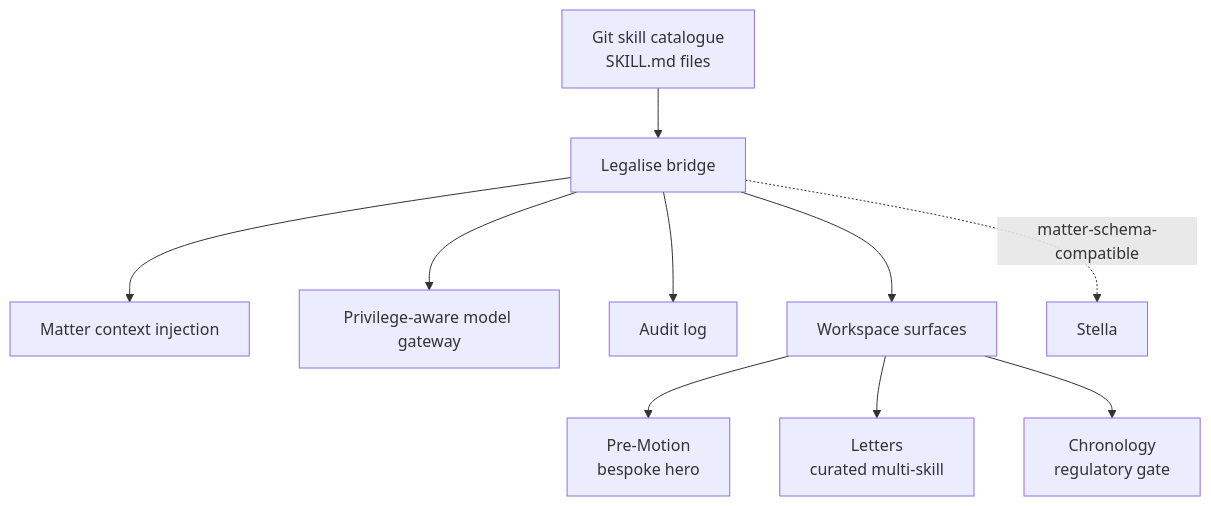
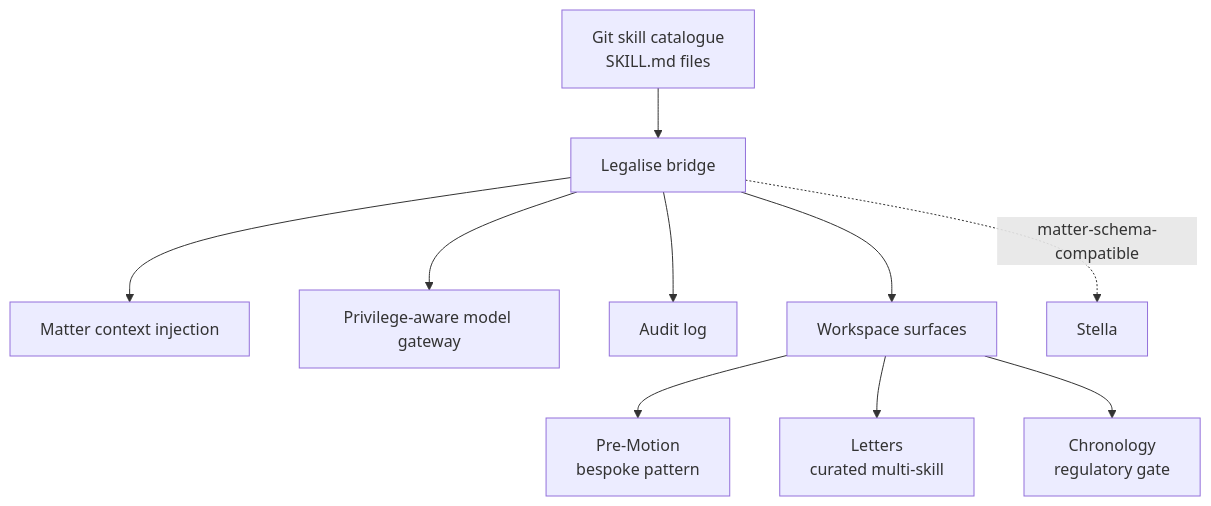
The first of 2 diagrams in README.md (b1rdmania/legalise), drawn with Mermaid before and after one commit. The commit also changed other lines of this file and 1 other file, not shown here.

First line of the commit message:
Tighten launch framing: load-bearing sentence, Pre-Motion as proof not identity, honest v0.1 gaps surfaced on README

````diff
--- a/README.md
+++ b/README.md
@@ -23,12 +25,12 @@
 ```mermaid
 graph TD
     A[Git skill catalogue<br/>SKILL.md files] --> B[Legalise bridge]
     B --> C[Matter context injection]
     B --> D[Privilege-aware model gateway]
     B --> E[Audit log]
     B --> F[Workspace surfaces]
-    F --> G[Pre-Motion<br/>bespoke hero]
+    F --> G[Pre-Motion<br/>bespoke pattern]
     F --> H[Letters<br/>curated multi-skill]
     F --> I[Chronology<br/>regulatory gate]
     B -.matter-schema-compatible.-> J[Stella]
 ```
````
